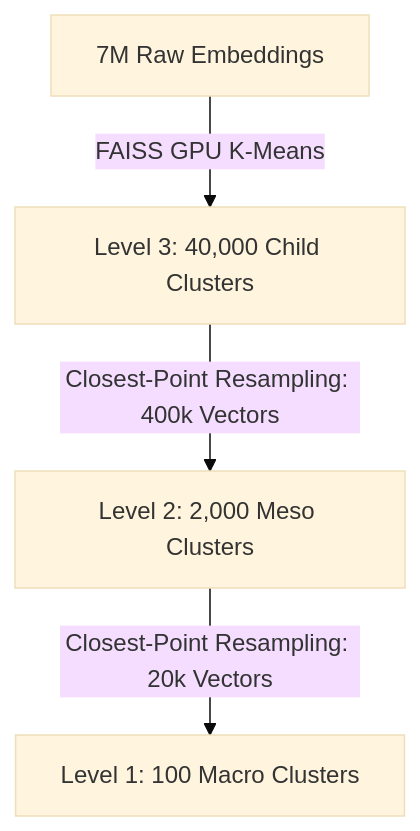
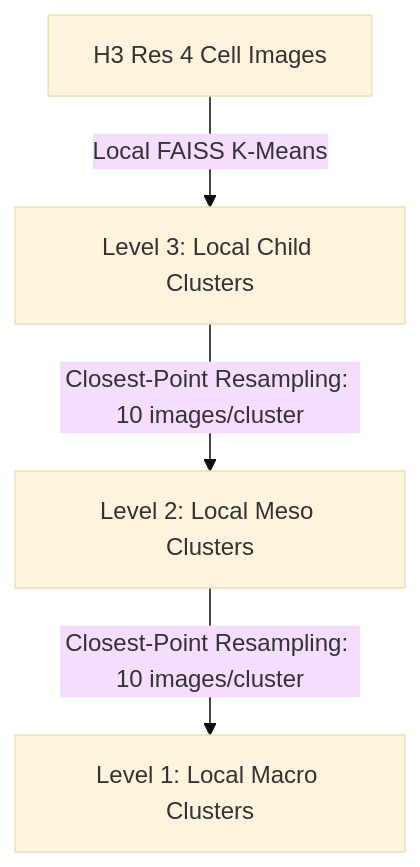
The diagram in docs/blueprints/representation_clustering_blueprint.md (ananthu-aniraj/geo-rag), drawn with Mermaid (base theme) before and after one commit. The commit also changed other lines of this file, not shown here.

````diff
--- a/docs/blueprints/representation_clustering_blueprint.md
+++ b/docs/blueprints/representation_clustering_blueprint.md
@@ -56,6 +49,6 @@
 ```mermaid
 graph TD
-    A[ 7M Raw Embeddings ] -->|FAISS GPU K-Means| B[ Level 3: 40,000 Child Clusters ]
-    B -->|Closest-Point Resampling: 400k Vectors| C[ Level 2: 2,000 Meso Clusters ]
-    C -->|Closest-Point Resampling: 20k Vectors| D[ Level 1: 100 Macro Clusters ]
+    A[ H3 Res 4 Cell Images ] -->|Local FAISS K-Means| B[ Level 3: Local Child Clusters ]
+    B -->|Closest-Point Resampling: 10 images/cluster| C[ Level 2: Local Meso Clusters ]
+    C -->|Closest-Point Resampling: 10 images/cluster| D[ Level 1: Local Macro Clusters ]
 ```
````
